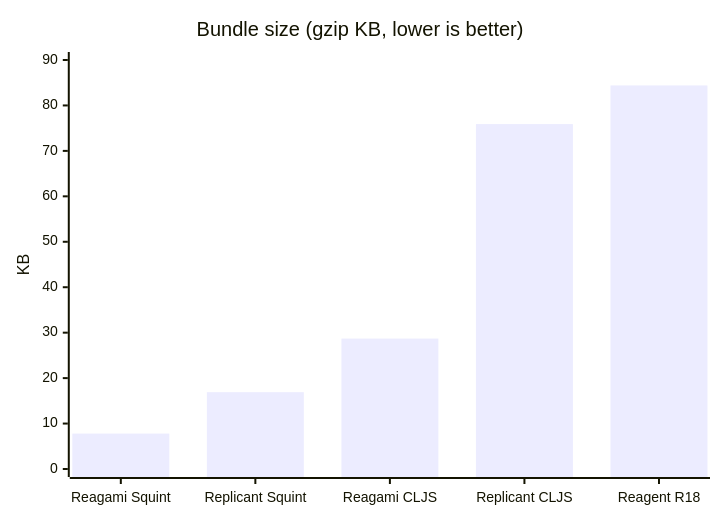
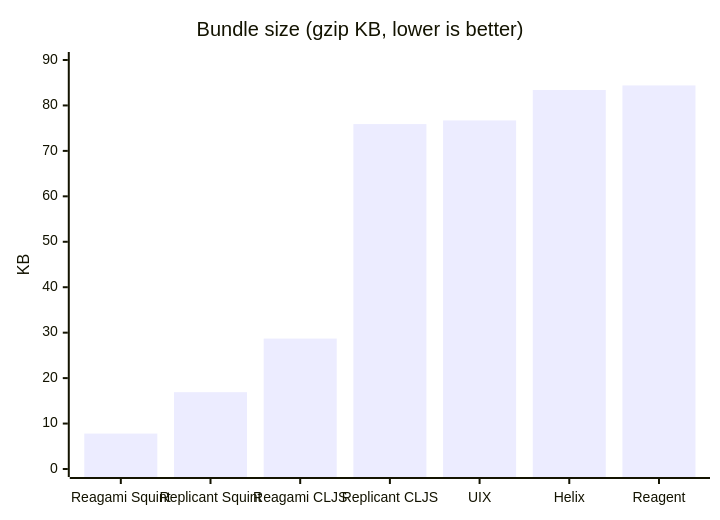
Before and after one commit to borkdude/reagami: the second of 2 diagrams in README.md, drawn with Mermaid. The commit also changed other lines of this file, not shown here.

````diff
--- a/README.md
+++ b/README.md
@@ -217,7 +217,7 @@
 ```mermaid
 xychart-beta
     title "Bundle size (gzip KB, lower is better)"
-    x-axis ["Reagami Squint", "Replicant Squint", "Reagami CLJS", "Replicant CLJS", "Reagent R18"]
+    x-axis ["Reagami Squint", "Replicant Squint", "Reagami CLJS", "Replicant CLJS", "UIX", "Helix", "Reagent"]
     y-axis "KB" 0 --> 90
-    bar [7.8, 16.9, 28.7, 75.9, 84.4]
+    bar [7.8, 16.9, 28.7, 75.9, 76.7, 83.4, 84.4]
 ```
````
